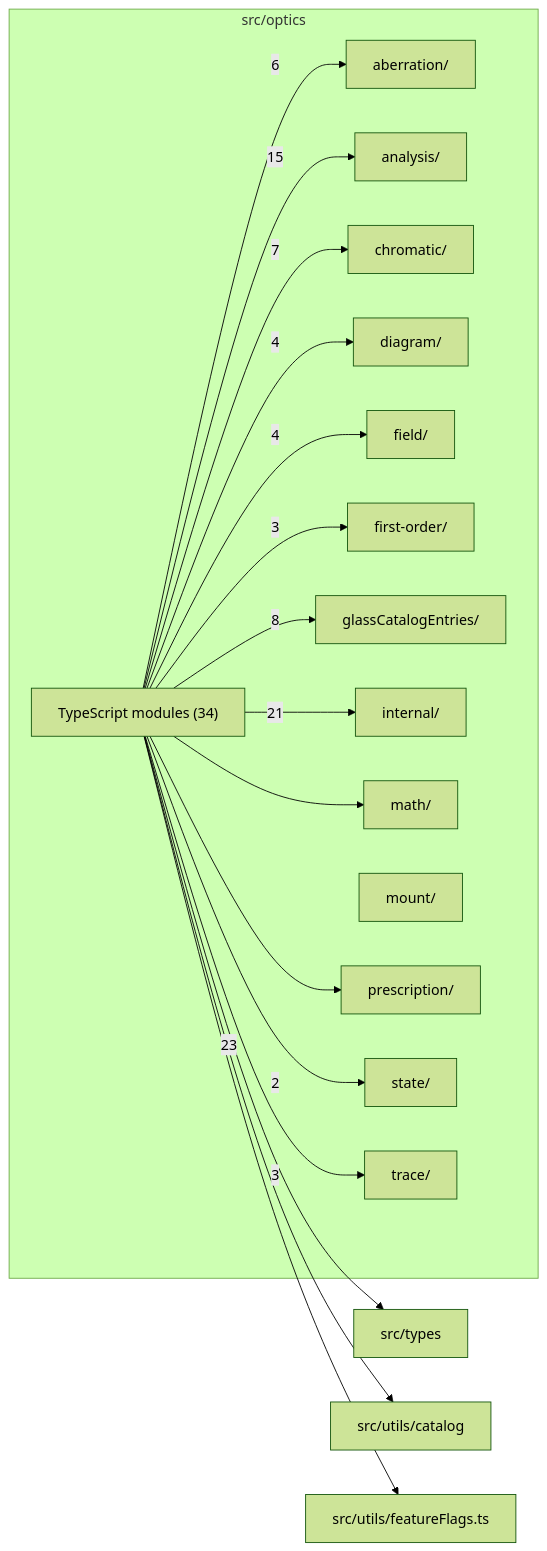
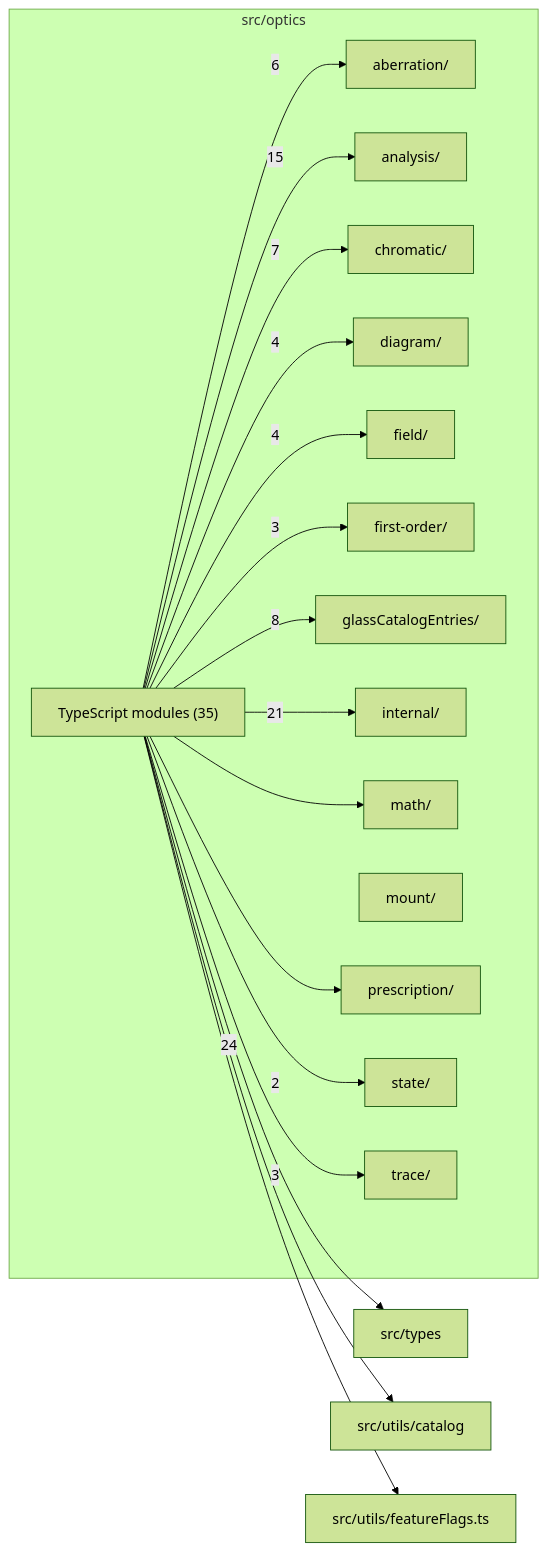
Before and after one commit to ronbuening/LensVisualizer: the diagram in src/optics/readme.md, drawn with Mermaid (forest theme). The commit also changed other lines of this file and 21 other files, not shown here.

````diff
--- a/src/optics/readme.md
+++ b/src/optics/readme.md
@@ -9,37 +9,37 @@
 ```mermaid
 flowchart LR
   subgraph n_src_optics["src/optics"]
     n_src_optics_src_optics_aberration["aberration/"]
     n_src_optics_src_optics_analysis["analysis/"]
     n_src_optics_src_optics_chromatic["chromatic/"]
     n_src_optics_src_optics_diagram["diagram/"]
     n_src_optics_src_optics_field["field/"]
     n_src_optics_src_optics_first_order["first-order/"]
     n_src_optics_src_optics_glassCatalogEntries["glassCatalogEntries/"]
     n_src_optics_src_optics_internal["internal/"]
     n_src_optics_src_optics_math["math/"]
     n_src_optics_src_optics_mount["mount/"]
     n_src_optics_src_optics_prescription["prescription/"]
     n_src_optics_src_optics_state["state/"]
     n_src_optics_src_optics_trace["trace/"]
-    n_src_optics_TypeScript_modules["TypeScript modules (34)"]
+    n_src_optics_TypeScript_modules["TypeScript modules (35)"]
   end
   n_external_src_types["src/types"]
   n_external_src_utils_catalog["src/utils/catalog"]
   n_external_src_utils_featureFlags_ts["src/utils/featureFlags.ts"]
-  n_src_optics_TypeScript_modules --> |23| n_external_src_types
+  n_src_optics_TypeScript_modules --> |24| n_external_src_types
   n_src_optics_TypeScript_modules --> |21| n_src_optics_src_optics_internal
   n_src_optics_TypeScript_modules --> |15| n_src_optics_src_optics_analysis
   n_src_optics_TypeScript_modules --> |8| n_src_optics_src_optics_glassCatalogEntries
   n_src_optics_TypeScript_modules --> |7| n_src_optics_src_optics_chromatic
   n_src_optics_TypeScript_modules --> |6| n_src_optics_src_optics_aberration
   n_src_optics_TypeScript_modules --> |4| n_src_optics_src_optics_diagram
   n_src_optics_TypeScript_modules --> |4| n_src_optics_src_optics_field
   n_src_optics_TypeScript_modules --> |3| n_src_optics_src_optics_first_order
   n_src_optics_TypeScript_modules --> |3| n_src_optics_src_optics_trace
   n_src_optics_TypeScript_modules --> |2| n_src_optics_src_optics_state
   n_src_optics_TypeScript_modules --> n_external_src_utils_catalog
   n_src_optics_TypeScript_modules --> n_external_src_utils_featureFlags_ts
   n_src_optics_TypeScript_modules --> n_src_optics_src_optics_math
   n_src_optics_TypeScript_modules --> n_src_optics_src_optics_prescription
 ```
````
